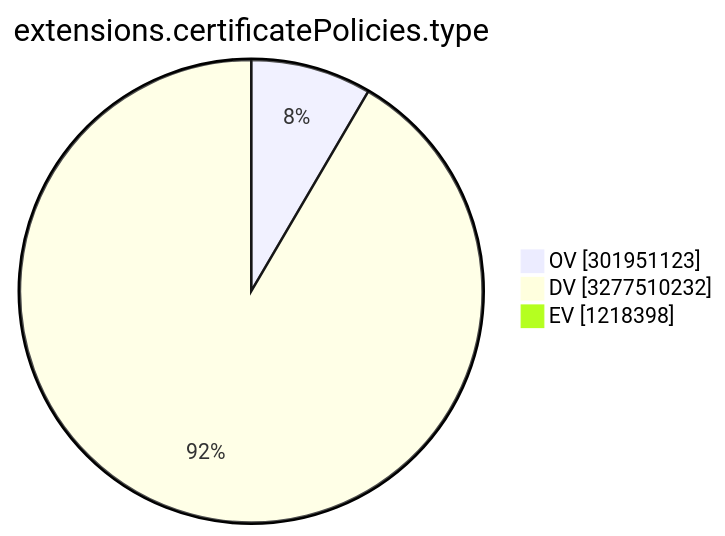
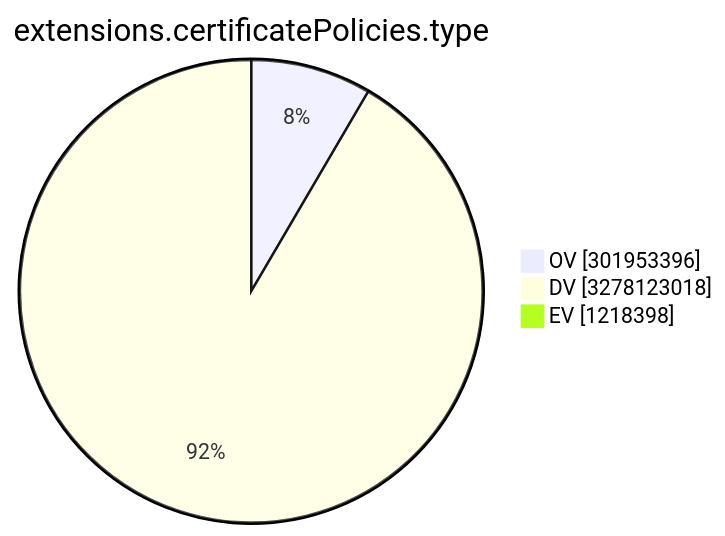
Before and after one commit to christiankrug/ctmonitor_visualization: the ninth of 15 diagrams in TOTAL/README.md, drawn with Mermaid. The commit also changed other lines of this file, not shown here.

````diff
--- a/TOTAL/README.md
+++ b/TOTAL/README.md
@@ -3107,7 +3107,7 @@
 ```mermaid
 pie showData
 title extensions.certificatePolicies.type
-"OV" :301951123
-"DV" :3277510232
+"OV" :301953396
+"DV" :3278123018
 "EV" :1218398
 ```
````
